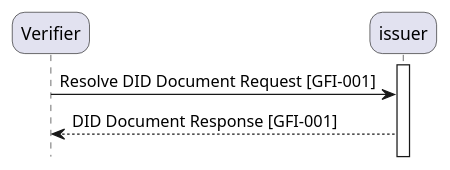
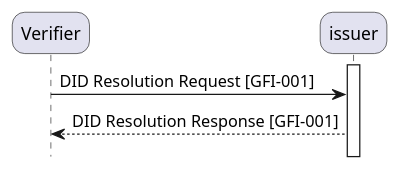
The diagram in input/images-source/gfi-001.plantuml (nuts-foundation/nl-generic-functions-ig), drawn with PlantUML before and after one commit. The commit also changed 1 other file, not shown here.

```diff
--- a/input/images-source/gfi-001.plantuml
+++ b/input/images-source/gfi-001.plantuml
@@ -1,16 +1,16 @@
 @startuml GFI-001
 
 skinparam roundcorner 20
 skinparam defaultFontName Arial 
 hide footbox
 activate issuer
 
 !pragma teoz true
 
 participant  verifier as "Verifier"
 participant  issuer as "Issuer/Holder"
 
-verifier -> issuer: Resolve DID Document Request [GFI-001]
-issuer --> verifier: DID Document Response [GFI-001]
+verifier -> issuer: DID Resolution Request [GFI-001]
+issuer --> verifier: DID Resolution Response [GFI-001]
 
 @enduml
```
